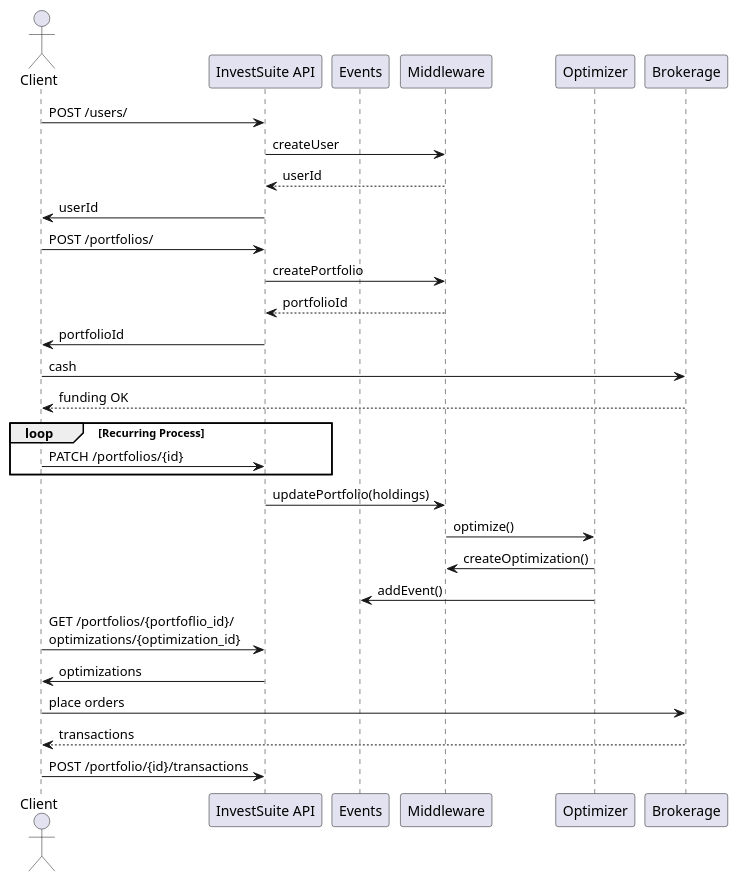
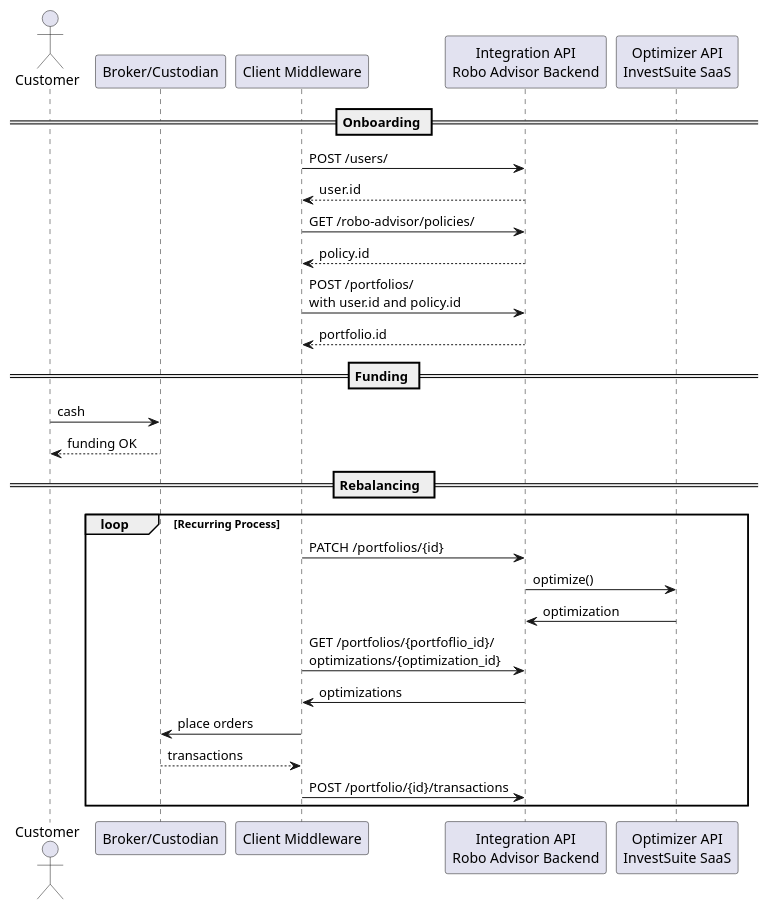
Before and after one commit to arcilli/investsuite-api-docs: the diagram in docs/robo/quick_start.puml, drawn with PlantUML. The commit also changed 7 other files, not shown here.

```diff
--- a/docs/robo/quick_start.puml
+++ b/docs/robo/quick_start.puml
@@ -1,31 +1,33 @@
-actor "Client" as _c
-participant "InvestSuite API" as _a
-participant "Events" as _e
-participant "Middleware" as _m
-participant "Optimizer" as _o
-participant "Brokerage" as _b
+actor "Customer" as _c
+participant "Broker/Custodian" as _b
+participant "Client Middleware" as _m
+participant "Integration API\nRobo Advisor Backend" as _a
+participant "Optimizer API\nInvestSuite SaaS" as _o
 
 
-_c->_a:POST /users/
-_a->_m:createUser
-_a<--_m:userId
-_c<-_a:userId
-_c->_a:POST /portfolios/
-_a->_m:createPortfolio
-_a<--_m:portfolioId
-_c<-_a:portfolioId
+
+== Onboarding ==
+_m->_a:POST /users/
+_m<--_a:user.id
+
+_m->_a:GET /robo-advisor/policies/
+_m<--_a: policy.id
+
+_m->_a:POST /portfolios/\nwith user.id and policy.id
+_m<--_a:portfolio.id
+
+== Funding ==
 _c->_b:cash
 _c<--_b:funding OK
 
+== Rebalancing  ==
 loop Recurring Process
-_c->_a:PATCH /portfolios/{id}
+_m->_a:PATCH /portfolios/{id}
+_a->_o:optimize()
+_a<-_o:optimization
+_m->_a:GET /portfolios/{portfoflio_id}/\noptimizations/{optimization_id}
+_m<-_a:optimizations
+_m->_b:place orders
+_m<--_b:transactions
+_m->_a:POST /portfolio/{id}/transactions
 end
-_a->_m:updatePortfolio(holdings)
-_m->_o:optimize()
-_m<-_o:createOptimization()
-_e<-_o:addEvent()
-_c->_a:GET /portfolios/{portfoflio_id}/\noptimizations/{optimization_id}
-_c<-_a:optimizations
-_c->_b:place orders
-_c<--_b:transactions
-_c->_a:POST /portfolio/{id}/transactions
```
